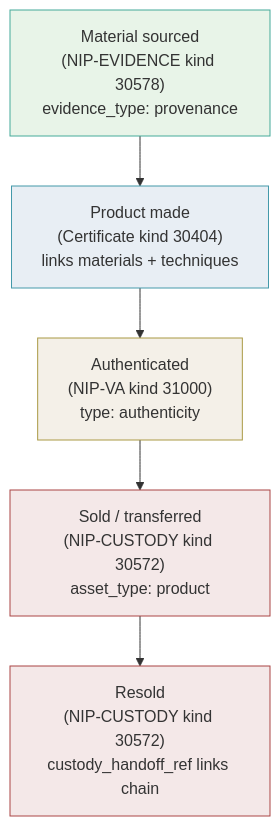
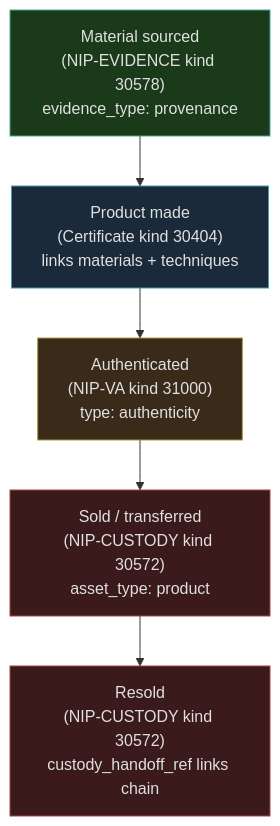
One commit to forgesworn/nip-drafts changed the diagram in NIP-PROVENANCE.md. Above: the diagram before and after it, drawn with Mermaid. The commit also changed other lines of this file and 12 other files, not shown here.

````diff
--- a/NIP-PROVENANCE.md
+++ b/NIP-PROVENANCE.md
@@ -298,13 +332,13 @@
 ```mermaid
 flowchart TD
     A["Material sourced\n(NIP-EVIDENCE kind 30578)\nevidence_type: provenance"] --> B["Product made\n(Certificate kind 30404)\nlinks materials + techniques"]
     B --> C["Authenticated\n(NIP-VA kind 31000)\ntype: authenticity"]
     C --> D["Sold / transferred\n(NIP-CUSTODY kind 30572)\nasset_type: product"]
     D --> E["Resold\n(NIP-CUSTODY kind 30572)\ncustody_handoff_ref links chain"]
 
-    style A fill:#e8f4e8,stroke:#4a9
-    style B fill:#e8eef4,stroke:#49a
-    style C fill:#f4f0e8,stroke:#a94
-    style D fill:#f4e8e8,stroke:#a44
-    style E fill:#f4e8e8,stroke:#a44
+    style A fill:#1a3a1a,stroke:#4a9,color:#e0e0e0
+    style B fill:#1a2a3a,stroke:#49a,color:#e0e0e0
+    style C fill:#3a2a1a,stroke:#a94,color:#e0e0e0
+    style D fill:#3a1a1a,stroke:#a44,color:#e0e0e0
+    style E fill:#3a1a1a,stroke:#a44,color:#e0e0e0
 ```
````
